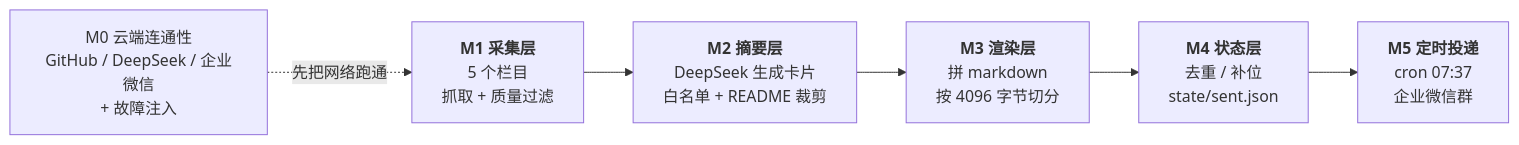
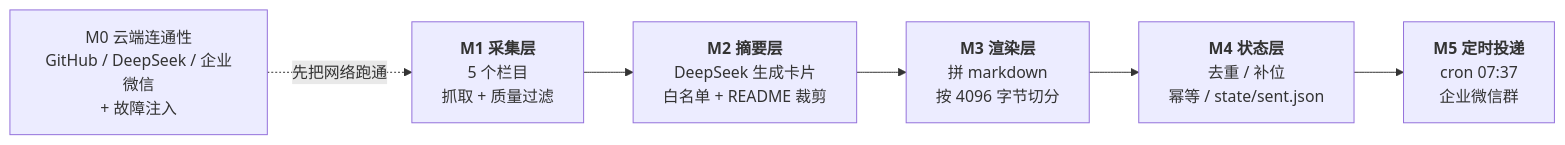
Before and after one commit to palmer67/github-daily-digest: the first of 2 diagrams in README.md, drawn with Mermaid. The commit also changed other lines of this file, not shown here.

````diff
--- a/README.md
+++ b/README.md
@@ -9,8 +9,8 @@
 ```mermaid
 flowchart LR
     A["<b>M1 采集层</b><br/>5 个栏目<br/>抓取 + 质量过滤"] --> B["<b>M2 摘要层</b><br/>DeepSeek 生成卡片<br/>白名单 + README 裁剪"]
     B --> C["<b>M3 渲染层</b><br/>拼 markdown<br/>按 4096 字节切分"]
-    C --> D["<b>M4 状态层</b><br/>去重 / 补位<br/>state/sent.json"]
+    C --> D["<b>M4 状态层</b><br/>去重 / 补位<br/>幂等 / state/sent.json"]
     D --> E["<b>M5 定时投递</b><br/>cron 07:37<br/>企业微信群"]
     M0["M0 云端连通性<br/>GitHub / DeepSeek / 企业微信<br/>+ 故障注入"] -.->|"先把网络跑通"| A
 ```
````
